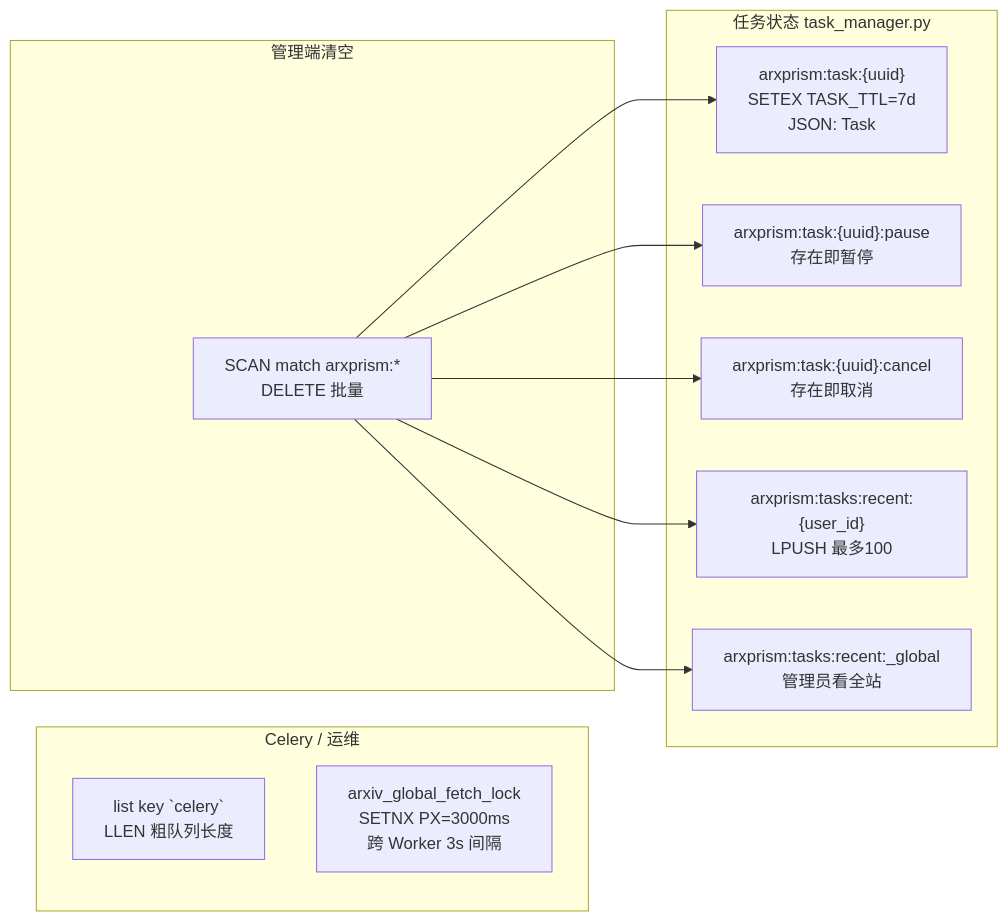
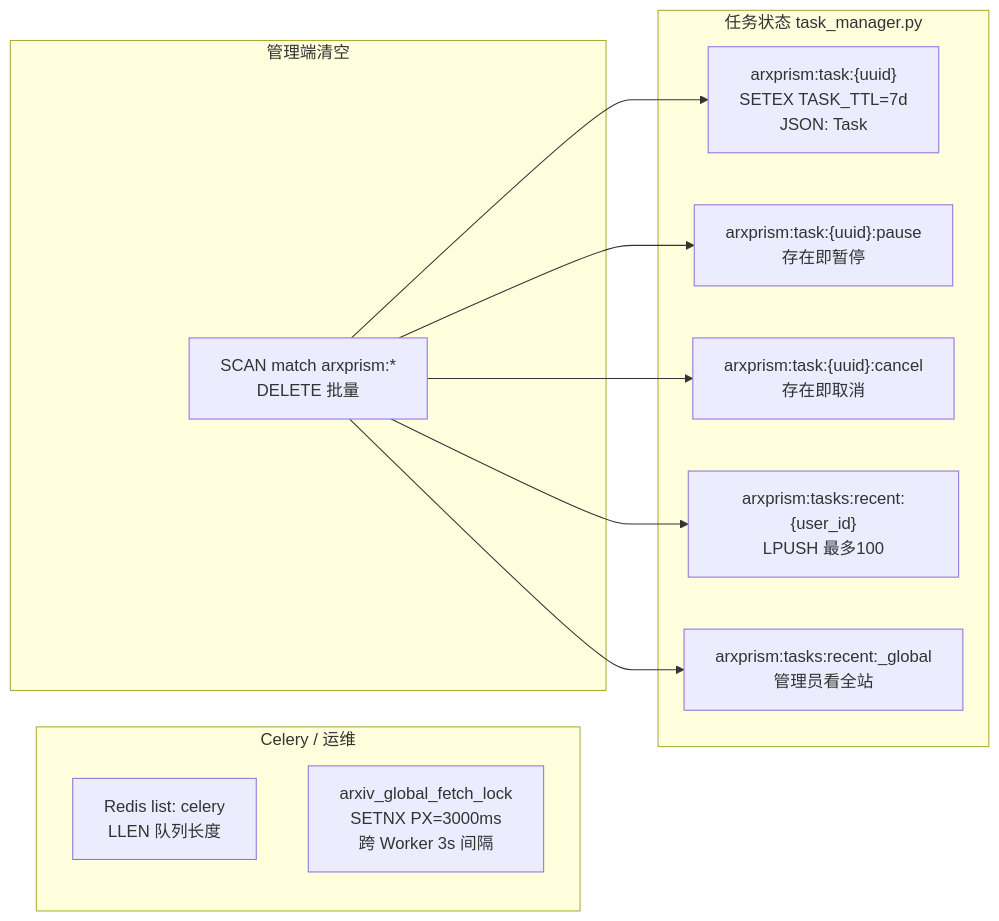
Before and after one commit to liu-kaining/ArxPrism: the fourth of 21 diagrams in spec/DIAGRAMS.md, drawn with Mermaid. The commit also changed other lines of this file, not shown here.

````diff
--- a/spec/DIAGRAMS.md
+++ b/spec/DIAGRAMS.md
@@ -142,25 +142,25 @@
 ```mermaid
 flowchart LR
     subgraph TaskKeys["任务状态 task_manager.py"]
         K1["arxprism:task:{uuid}\nSETEX TASK_TTL=7d\nJSON: Task"]
         K2["arxprism:task:{uuid}:pause\n存在即暂停"]
         K3["arxprism:task:{uuid}:cancel\n存在即取消"]
         K4["arxprism:tasks:recent:{user_id}\nLPUSH 最多100"]
         K5["arxprism:tasks:recent:_global\n管理员看全站"]
     end
 
     subgraph Broker["Celery / 运维"]
-        Q["list key `celery`\nLLEN 粗队列长度"]
+        Q["Redis list: celery\nLLEN 队列长度"]
         ARX["arxiv_global_fetch_lock\nSETNX PX=3000ms\n跨 Worker 3s 间隔"]
     end
 
     subgraph Wipe["管理端清空"]
         W["SCAN match arxprism:*\nDELETE 批量"]
     end
 
     W --> K1
     W --> K2
     W --> K3
     W --> K4
     W --> K5
 ```
````
